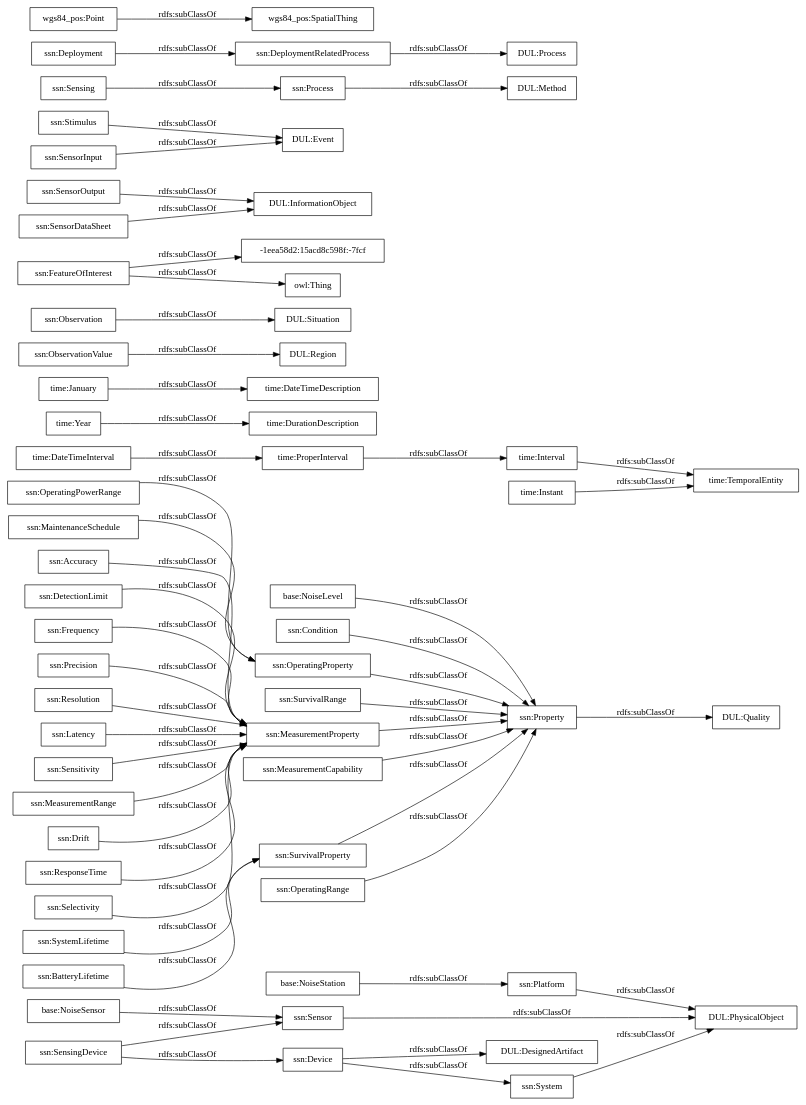
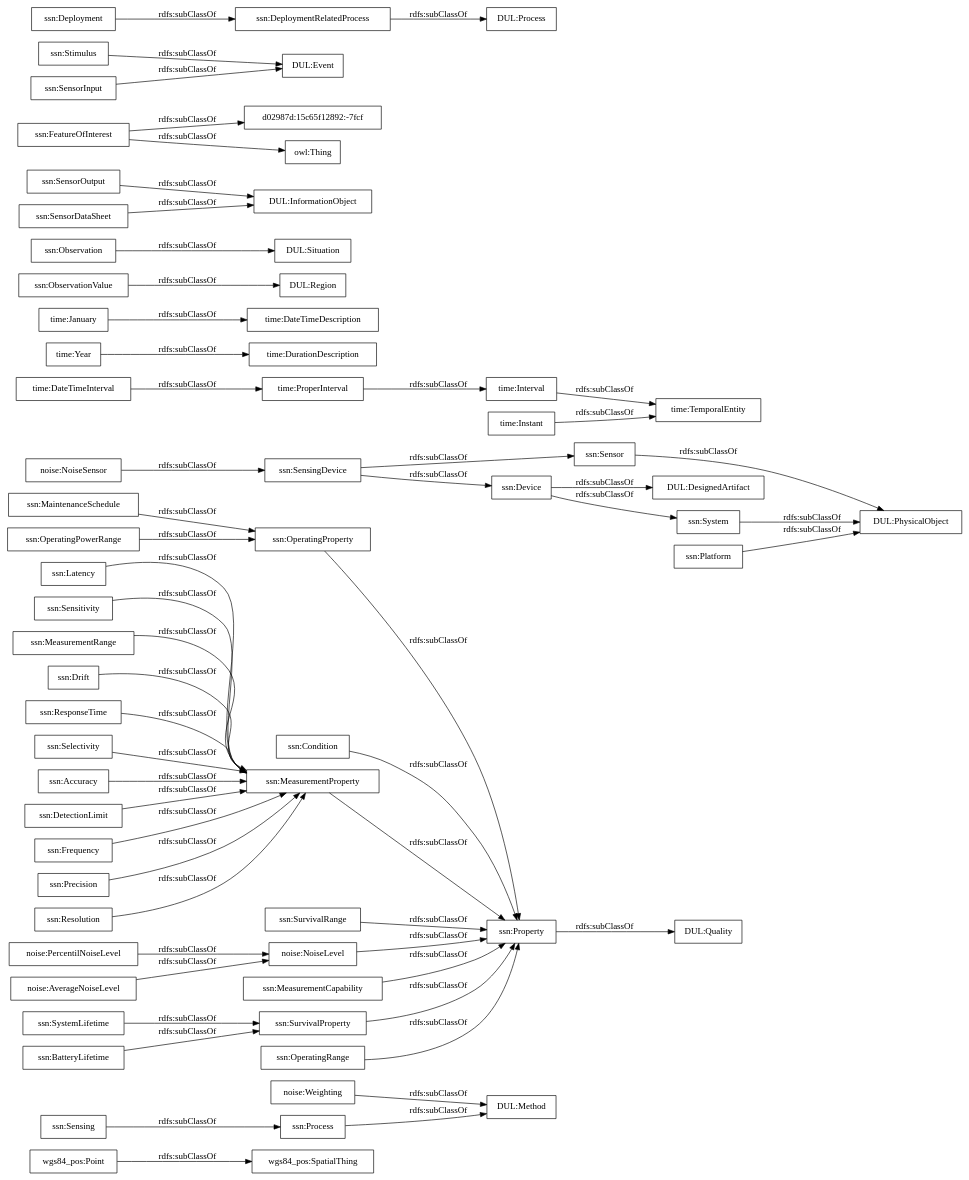
One commit to opencitydata/vocab-medio-ambiente-contaminacion-acustica changed the diagram in OnToology/contaminacion-acustica.owl/diagrams/ar2dtool-taxonomy/contaminacion-acustica.owl.png.dot. Above: the diagram before and after it, drawn with Graphviz. The commit also changed 25 other files, not shown here.

```diff
--- a/OnToology/contaminacion-acustica.owl/diagrams/ar2dtool-taxonomy/contaminacion-acustica.owl.png.dot
+++ b/OnToology/contaminacion-acustica.owl/diagrams/ar2dtool-taxonomy/contaminacion-acustica.owl.png.dot
@@ -1,58 +1,60 @@
 digraph ar2dtool_diagram { 
 rankdir=LR;
 size="1000"
-node [shape = rectangle, color="black"]; "base:NoiseStation" "base:NoiseSensor" "base:NoiseLevel" "time:DateTimeInterval" "time:DurationDescription" "time:January" "time:ProperInterval" "time:Interval" "time:TemporalEntity" "time:Year" "time:DateTimeDescription" "time:Instant" "ssn:Accuracy" "ssn:DetectionLimit" "ssn:Frequency" "ssn:Condition" "DUL:Region" "DUL:Situation" "-1eea58d2:15acd8c598f:-7fcf" "DUL:PhysicalObject" "ssn:SensorOutput" "ssn:Precision" "ssn:Resolution" "DUL:Quality" "ssn:FeatureOfInterest" "ssn:Sensor" "DUL:InformationObject" "ssn:OperatingProperty" "DUL:Event" "ssn:OperatingPowerRange" "DUL:Method" "ssn:MaintenanceSchedule" "ssn:Sensing" "ssn:Latency" "ssn:SurvivalRange" "ssn:SensingDevice" "DUL:DesignedArtifact" "ssn:Sensitivity" "ssn:Stimulus" "DUL:Process" "ssn:MeasurementRange" "ssn:System" "ssn:SystemLifetime" "ssn:Property" "ssn:MeasurementProperty" "ssn:Process" "ssn:Deployment" "ssn:MeasurementCapability" "ssn:BatteryLifetime" "ssn:Drift" "ssn:DeploymentRelatedProcess" "ssn:SensorInput" "ssn:ResponseTime" "ssn:ObservationValue" "ssn:SensorDataSheet" "ssn:Observation" "ssn:Selectivity" "ssn:SurvivalProperty" "ssn:Device" "ssn:OperatingRange" "ssn:Platform" ; /*classes style*/
+node [shape = rectangle, color="black"]; "wgs84_pos:SpatialThing" "wgs84_pos:Point" "noise:Weighting" "noise:PercentilNoiseLevel" "noise:NoiseSensor" "noise:NoiseLevel" "noise:AverageNoiseLevel" "time:DateTimeInterval" "time:DurationDescription" "time:January" "time:ProperInterval" "time:Interval" "time:TemporalEntity" "time:Year" "time:DateTimeDescription" "time:Instant" "ssn:Accuracy" "ssn:DetectionLimit" "ssn:Frequency" "ssn:Condition" "DUL:Region" "DUL:Situation" "DUL:PhysicalObject" "ssn:SensorOutput" "ssn:Precision" "ssn:Resolution" "DUL:Quality" "ssn:FeatureOfInterest" "ssn:Sensor" "DUL:InformationObject" "ssn:OperatingProperty" "DUL:Event" "ssn:OperatingPowerRange" "DUL:Method" "ssn:MaintenanceSchedule" "ssn:Sensing" "ssn:Latency" "ssn:SurvivalRange" "ssn:SensingDevice" "DUL:DesignedArtifact" "ssn:Sensitivity" "ssn:Stimulus" "DUL:Process" "ssn:MeasurementRange" "ssn:System" "ssn:SystemLifetime" "ssn:Property" "ssn:MeasurementProperty" "ssn:Process" "ssn:Deployment" "ssn:MeasurementCapability" "ssn:BatteryLifetime" "ssn:Drift" "ssn:DeploymentRelatedProcess" "ssn:SensorInput" "d02987d:15c65f12892:-7fcf" "ssn:ResponseTime" "ssn:ObservationValue" "ssn:SensorDataSheet" "ssn:Observation" "ssn:Selectivity" "ssn:SurvivalProperty" "ssn:Device" "ssn:OperatingRange" "ssn:Platform" ; /*classes style*/
+	"noise:AverageNoiseLevel" -> "noise:NoiseLevel" [ label = "rdfs:subClassOf" ];
 	"ssn:Deployment" -> "ssn:DeploymentRelatedProcess" [ label = "rdfs:subClassOf" ];
 	"ssn:SensingDevice" -> "ssn:Sensor" [ label = "rdfs:subClassOf" ];
 	"ssn:SensingDevice" -> "ssn:Device" [ label = "rdfs:subClassOf" ];
 	"ssn:DeploymentRelatedProcess" -> "DUL:Process" [ label = "rdfs:subClassOf" ];
 	"ssn:Accuracy" -> "ssn:MeasurementProperty" [ label = "rdfs:subClassOf" ];
 	"time:Instant" -> "time:TemporalEntity" [ label = "rdfs:subClassOf" ];
 	"ssn:FeatureOfInterest" -> "owl:Thing" [ label = "rdfs:subClassOf" ];
-	"ssn:FeatureOfInterest" -> "-1eea58d2:15acd8c598f:-7fcf" [ label = "rdfs:subClassOf" ];
+	"ssn:FeatureOfInterest" -> "d02987d:15c65f12892:-7fcf" [ label = "rdfs:subClassOf" ];
 	"ssn:Latency" -> "ssn:MeasurementProperty" [ label = "rdfs:subClassOf" ];
 	"ssn:Process" -> "DUL:Method" [ label = "rdfs:subClassOf" ];
+	"noise:Weighting" -> "DUL:Method" [ label = "rdfs:subClassOf" ];
 	"time:ProperInterval" -> "time:Interval" [ label = "rdfs:subClassOf" ];
 	"ssn:Property" -> "DUL:Quality" [ label = "rdfs:subClassOf" ];
 	"ssn:MeasurementProperty" -> "ssn:Property" [ label = "rdfs:subClassOf" ];
 	"wgs84_pos:Point" -> "wgs84_pos:SpatialThing" [ label = "rdfs:subClassOf" ];
 	"ssn:ResponseTime" -> "ssn:MeasurementProperty" [ label = "rdfs:subClassOf" ];
 	"ssn:OperatingRange" -> "ssn:Property" [ label = "rdfs:subClassOf" ];
-	"base:NoiseLevel" -> "ssn:Property" [ label = "rdfs:subClassOf" ];
-	"base:NoiseStation" -> "ssn:Platform" [ label = "rdfs:subClassOf" ];
+	"noise:NoiseLevel" -> "ssn:Property" [ label = "rdfs:subClassOf" ];
 	"ssn:MeasurementRange" -> "ssn:MeasurementProperty" [ label = "rdfs:subClassOf" ];
 	"ssn:Stimulus" -> "DUL:Event" [ label = "rdfs:subClassOf" ];
 	"ssn:SurvivalProperty" -> "ssn:Property" [ label = "rdfs:subClassOf" ];
 	"ssn:MaintenanceSchedule" -> "ssn:OperatingProperty" [ label = "rdfs:subClassOf" ];
 	"ssn:SensorInput" -> "DUL:Event" [ label = "rdfs:subClassOf" ];
 	"ssn:Sensitivity" -> "ssn:MeasurementProperty" [ label = "rdfs:subClassOf" ];
 	"ssn:Drift" -> "ssn:MeasurementProperty" [ label = "rdfs:subClassOf" ];
 	"ssn:System" -> "DUL:PhysicalObject" [ label = "rdfs:subClassOf" ];
 	"ssn:Resolution" -> "ssn:MeasurementProperty" [ label = "rdfs:subClassOf" ];
 	"ssn:Precision" -> "ssn:MeasurementProperty" [ label = "rdfs:subClassOf" ];
+	"noise:PercentilNoiseLevel" -> "noise:NoiseLevel" [ label = "rdfs:subClassOf" ];
 	"ssn:DetectionLimit" -> "ssn:MeasurementProperty" [ label = "rdfs:subClassOf" ];
 	"time:DateTimeInterval" -> "time:ProperInterval" [ label = "rdfs:subClassOf" ];
 	"ssn:Sensor" -> "DUL:PhysicalObject" [ label = "rdfs:subClassOf" ];
 	"ssn:SensorDataSheet" -> "DUL:InformationObject" [ label = "rdfs:subClassOf" ];
 	"ssn:OperatingPowerRange" -> "ssn:OperatingProperty" [ label = "rdfs:subClassOf" ];
 	"time:Interval" -> "time:TemporalEntity" [ label = "rdfs:subClassOf" ];
-	"base:NoiseSensor" -> "ssn:Sensor" [ label = "rdfs:subClassOf" ];
+	"noise:NoiseSensor" -> "ssn:SensingDevice" [ label = "rdfs:subClassOf" ];
 	"time:January" -> "time:DateTimeDescription" [ label = "rdfs:subClassOf" ];
 	"ssn:ObservationValue" -> "DUL:Region" [ label = "rdfs:subClassOf" ];
 	"ssn:Device" -> "DUL:DesignedArtifact" [ label = "rdfs:subClassOf" ];
 	"ssn:Device" -> "ssn:System" [ label = "rdfs:subClassOf" ];
 	"ssn:Platform" -> "DUL:PhysicalObject" [ label = "rdfs:subClassOf" ];
 	"time:Year" -> "time:DurationDescription" [ label = "rdfs:subClassOf" ];
 	"ssn:OperatingProperty" -> "ssn:Property" [ label = "rdfs:subClassOf" ];
 	"ssn:Selectivity" -> "ssn:MeasurementProperty" [ label = "rdfs:subClassOf" ];
 	"ssn:BatteryLifetime" -> "ssn:SurvivalProperty" [ label = "rdfs:subClassOf" ];
 	"ssn:Observation" -> "DUL:Situation" [ label = "rdfs:subClassOf" ];
 	"ssn:Sensing" -> "ssn:Process" [ label = "rdfs:subClassOf" ];
 	"ssn:SystemLifetime" -> "ssn:SurvivalProperty" [ label = "rdfs:subClassOf" ];
 	"ssn:SurvivalRange" -> "ssn:Property" [ label = "rdfs:subClassOf" ];
+	"ssn:Frequency" -> "ssn:MeasurementProperty" [ label = "rdfs:subClassOf" ];
 	"ssn:SensorOutput" -> "DUL:InformationObject" [ label = "rdfs:subClassOf" ];
-	"ssn:Frequency" -> "ssn:MeasurementProperty" [ label = "rdfs:subClassOf" ];
 	"ssn:Condition" -> "ssn:Property" [ label = "rdfs:subClassOf" ];
 	"ssn:MeasurementCapability" -> "ssn:Property" [ label = "rdfs:subClassOf" ];
 
 }
```
